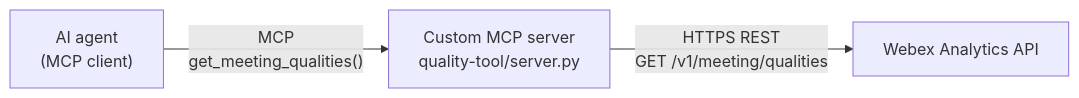
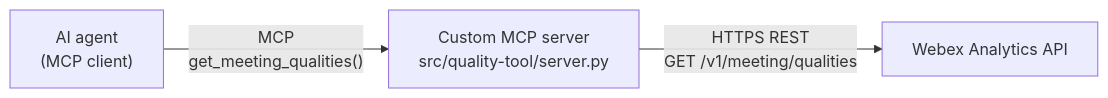
One commit to WebexOne-MCP-Lab/WebexOne-MCP-Lab.github.io changed the diagram in docs/reference/mcp-vs-rest.md. Above: the diagram before and after it, drawn with Mermaid. The commit also changed other lines of this file and 27 other files, not shown here.

````diff
--- a/docs/reference/mcp-vs-rest.md
+++ b/docs/reference/mcp-vs-rest.md
@@ -29,5 +29,5 @@
 ```mermaid
 flowchart LR
-    A["AI agent<br/>(MCP client)"] -- "MCP<br/>get_meeting_qualities()" --> B["Custom MCP server<br/>quality-tool/server.py"]
+    A["AI agent<br/>(MCP client)"] -- "MCP<br/>get_meeting_qualities()" --> B["Custom MCP server<br/>src/quality-tool/server.py"]
     B -- "HTTPS REST<br/>GET /v1/meeting/qualities" --> C["Webex Analytics API"]
 ```
````
